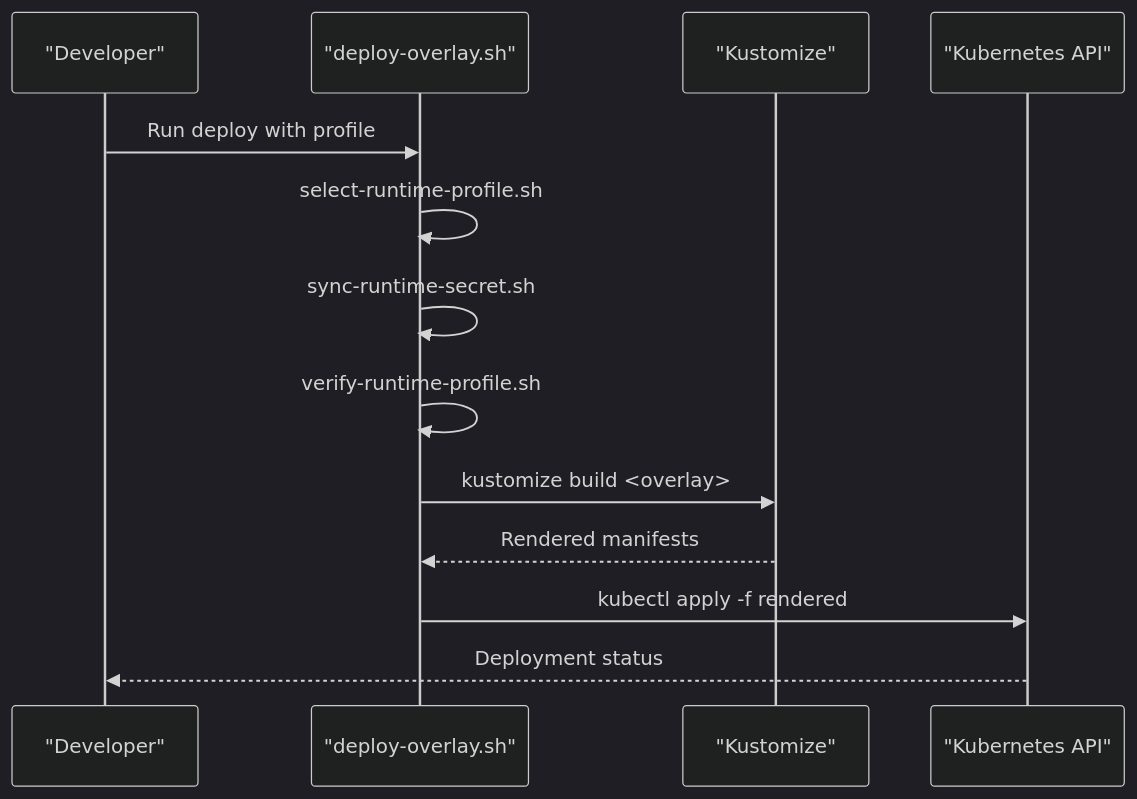
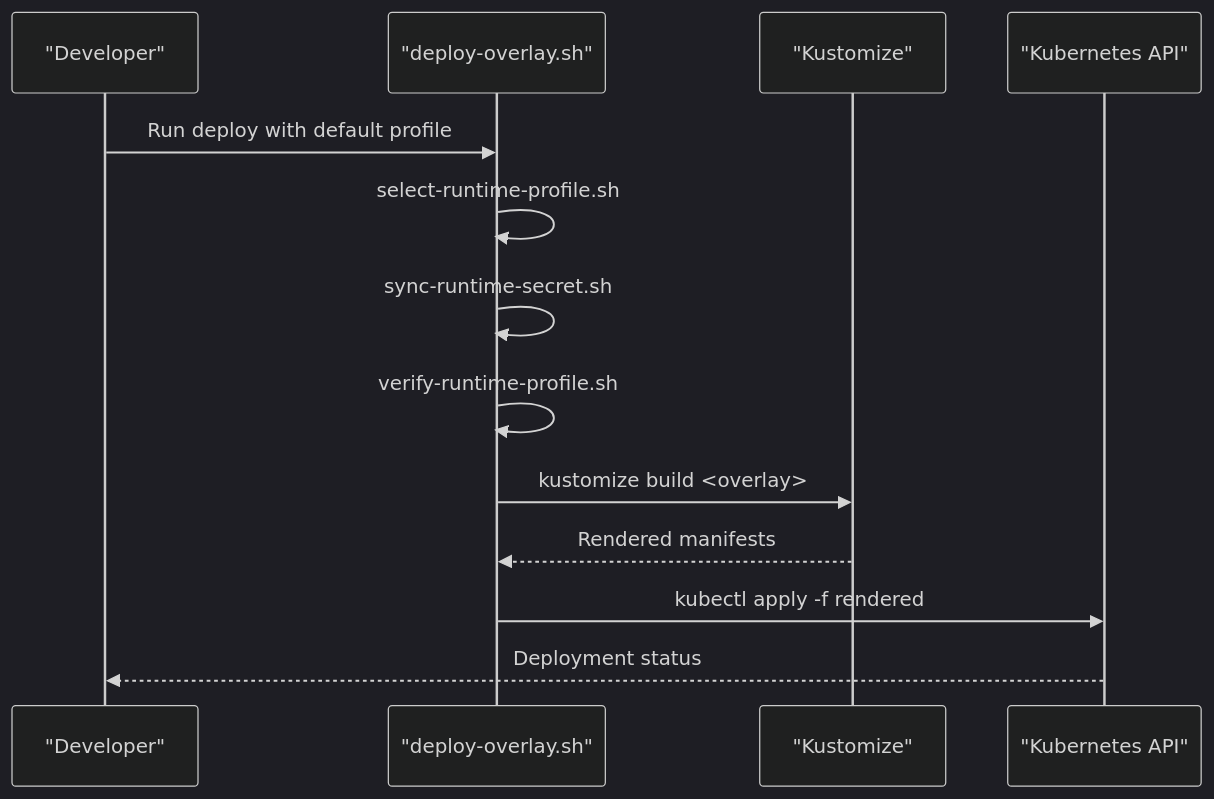
One commit to metasync/luban-aiops changed the third of 4 diagrams in .qoder/repowiki/en/content/Architecture Documentation/Deployment Topology & Infrastructure.md. Above: the diagram before and after it, drawn with Mermaid (dark theme). The commit also changed other lines of this file and 18 other files, not shown here.

````diff
--- a/.qoder/repowiki/en/content/Architecture Documentation/Deployment Topology & Infrastructure.md
+++ b/.qoder/repowiki/en/content/Architecture Documentation/Deployment Topology & Infrastructure.md
@@ -235,15 +233,15 @@
 ```mermaid
 sequenceDiagram
 participant Dev as "Developer"
 participant Script as "deploy-overlay.sh"
 participant Kust as "Kustomize"
 participant K8s as "Kubernetes API"
-Dev->>Script : Run deploy with profile
+Dev->>Script : Run deploy with default profile
 Script->>Script : select-runtime-profile.sh
 Script->>Script : sync-runtime-secret.sh
 Script->>Script : verify-runtime-profile.sh
 Script->>Kust : kustomize build <overlay>
 Kust-->>Script : Rendered manifests
 Script->>K8s : kubectl apply -f rendered
 K8s-->>Dev : Deployment status
 ```
````
